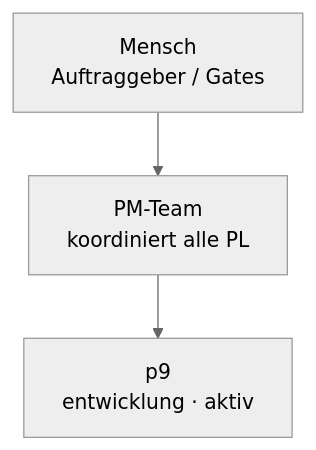
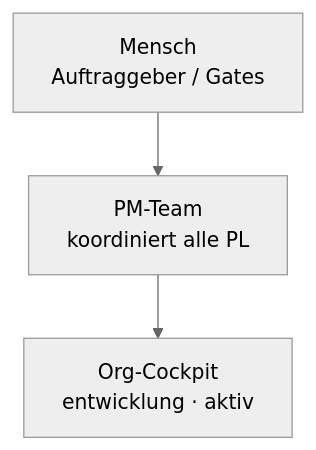
Before and after one commit to DiOflOrds/p9: the diagram in ORGANIGRAMM.md, drawn with Mermaid (neutral theme). The commit also changed other lines of this file and 4 other files, not shown here.

````diff
--- a/ORGANIGRAMM.md
+++ b/ORGANIGRAMM.md
@@ -7,8 +7,8 @@
 ```mermaid
 graph TB
   MENSCH["Mensch<br/>Auftraggeber / Gates"]
   PM["PM-Team<br/>koordiniert alle PL"]
   MENSCH --> PM
-  p9["p9<br/>entwicklung · aktiv"]
+  p9["Org-Cockpit<br/>entwicklung · aktiv"]
   PM --> p9
 ```
````
